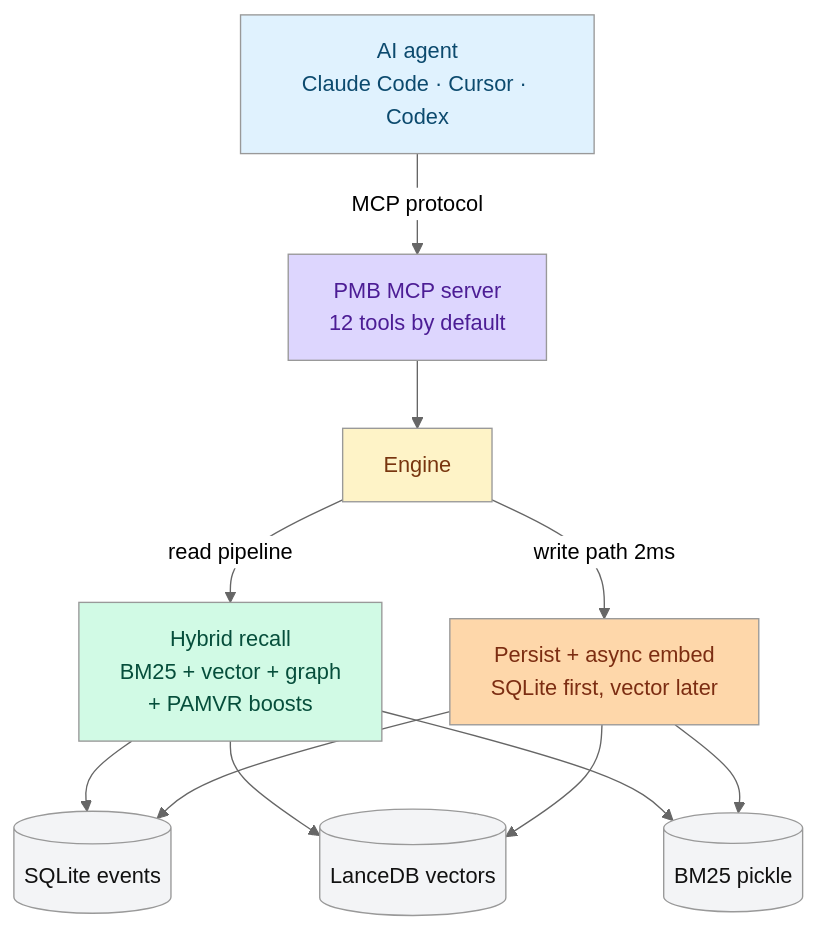
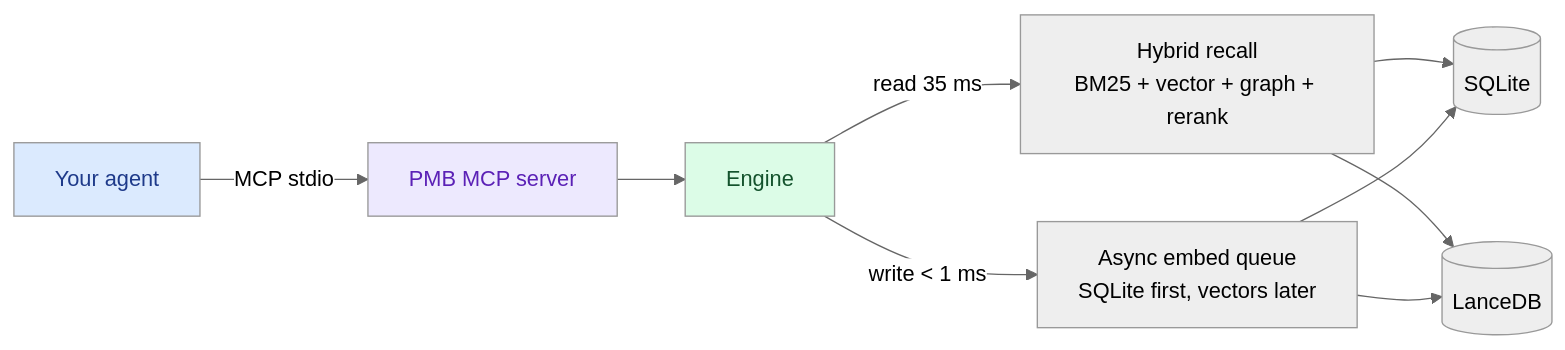
The diagram in README.md (airano-ir/pmb), drawn with Mermaid (neutral theme) before and after one commit. The commit also changed other lines of this file and 43 other files, not shown here.

````diff
--- a/README.md
+++ b/README.md
@@ -491,21 +108,14 @@
 ```mermaid
-flowchart TB
-    A["AI agent<br/>Claude Code · Cursor · Codex"] -->|MCP protocol| B["PMB MCP server<br/>12 tools by default"]
+flowchart LR
+    A[Your agent] -->|MCP stdio| B[PMB MCP server]
     B --> C[Engine]
-    C -->|read pipeline| R["Hybrid recall<br/>BM25 + vector + graph<br/>+ PAMVR boosts"]
-    C -->|write path 2ms| W["Persist + async embed<br/>SQLite first, vector later"]
-    R --> D[(SQLite events)]
-    R --> E[(LanceDB vectors)]
-    R --> F[(BM25 pickle)]
+    C -->|read 35 ms| R[Hybrid recall<br/>BM25 + vector + graph + rerank]
+    C -->|write &lt; 1 ms| W[Async embed queue<br/>SQLite first, vectors later]
+    R --> D[(SQLite)]
+    R --> E[(LanceDB)]
     W --> D
     W --> E
-    W --> F
-    style A fill:#e0f2fe,color:#0c4a6e
-    style B fill:#ddd6fe,color:#4c1d95
-    style C fill:#fef3c7,color:#78350f
-    style R fill:#d1fae5,color:#064e3b
-    style W fill:#fed7aa,color:#7c2d12
-    style D fill:#f3f4f6,color:#111
-    style E fill:#f3f4f6,color:#111
-    style F fill:#f3f4f6,color:#111
+    style A fill:#dbeafe,color:#1e3a8a
+    style B fill:#ede9fe,color:#5b21b6
+    style C fill:#dcfce7,color:#14532d
 ```
````
